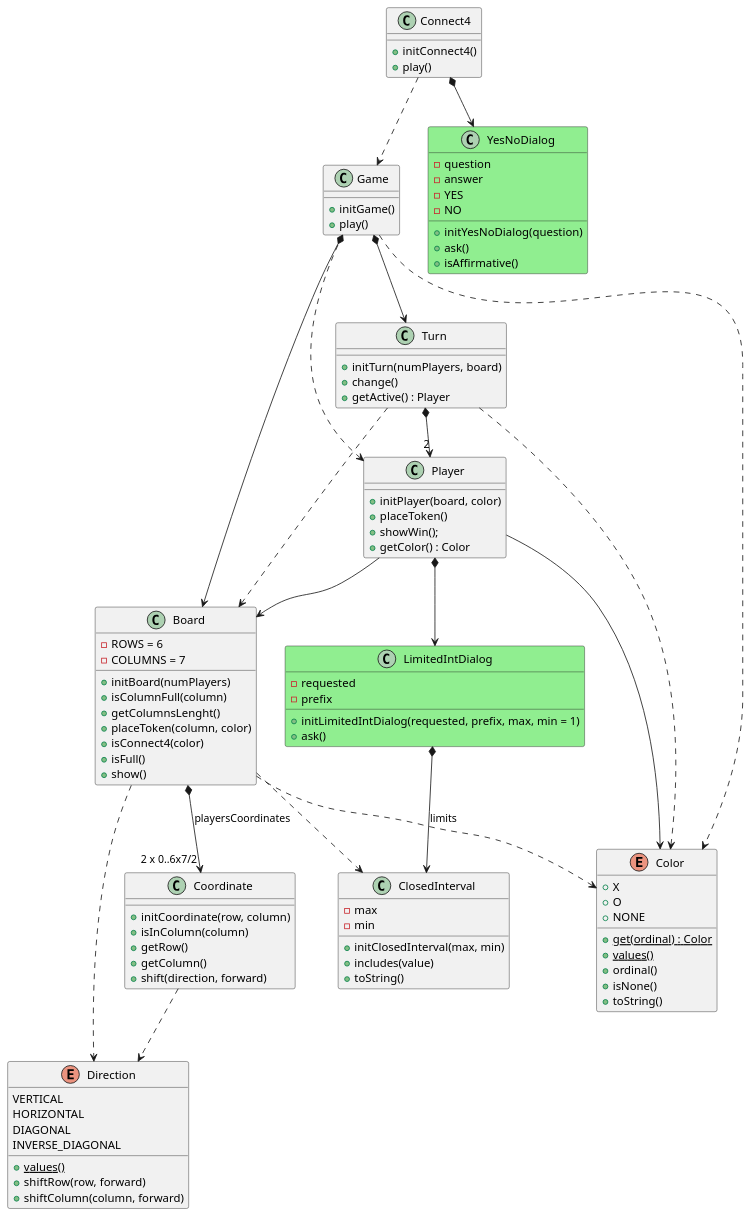
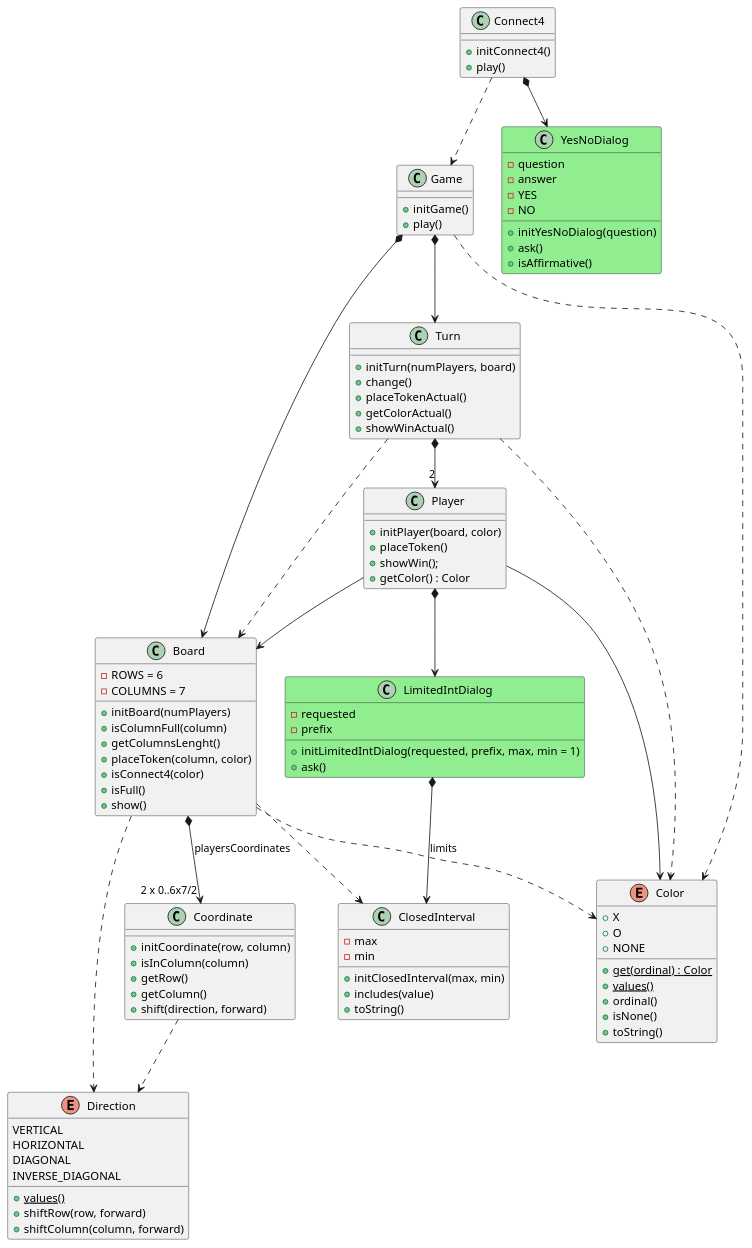
The diagram in docs/dev-resume/src/analysis.plantuml (PabloMartinFluvia/myGame-connect4), drawn with PlantUML before and after one commit. The commit also changed 4 other files, not shown here.

Commit message:
Turn assumes responsibility of encapsulate Player

```diff
--- a/docs/dev-resume/src/analysis.plantuml
+++ b/docs/dev-resume/src/analysis.plantuml
@@ -1,122 +1,123 @@
 @startuml analysis
 
 class Connect4 {
 
     + initConnect4()
     + play()
 }
 Connect4 ..> Game
 Connect4 *--> YesNoDialog
 
 class Game {     
 
     + initGame()
     + play()
 }
 Game *--> Turn
 Game *--> Board
 Game ..> Color
-Game ..> Player
 
 class Turn {
 
-    + initTurn(numPlayers, board)
-    + change()
-    + getActive() : Player        
+    + initTurn(numPlayers, board)    
+    + change()      
+    + placeTokenActual()    
+    + getColorActual()
+    + showWinActual()
 }
 Turn *--> "2" Player
 Turn ..> Board
 Turn ..> Color
 
 class Player {
 
     + initPlayer(board, color)
     + placeToken()
     + showWin();
     + getColor() : Color
 }
 Player --> Board
 Player --> Color
 Player *--> LimitedIntDialog
 
 class Board {
     - ROWS = 6
     - COLUMNS = 7
     
     + initBoard(numPlayers)
     + isColumnFull(column)
     + getColumnsLenght()
     + placeToken(column, color)
     + isConnect4(color)
     + isFull()
     + show()
 }
 Board ..> ClosedInterval
 Board *--> "2 x 0..6x7/2" Coordinate : playersCoordinates
 Board ..> Direction
 Board ..> Color
 
 class Coordinate {
     + initCoordinate(row, column)
     + isInColumn(column)
     + getRow()
     + getColumn()
     + shift(direction, forward)
 }
 Coordinate ..> Direction
 
 enum Direction {
     VERTICAL
     HORIZONTAL
     DIAGONAL
     INVERSE_DIAGONAL
 
     + {static} values()
     + shiftRow(row, forward)
     + shiftColumn(column, forward)
 }
 
 enum Color {
     + X
     + O   
     + NONE 
 
     + {static} get(ordinal) : Color  
     + {static} values()  
     + ordinal()
     + isNone()
     + toString()
 }
 
 class YesNoDialog #LightGreen {  
     - question
     - answer   
     - YES
     - NO
 
     + initYesNoDialog(question)
     + ask()
     + isAffirmative()
 }
 
 class LimitedIntDialog #LightGreen {
     - requested
     - prefix
     
 
     + initLimitedIntDialog(requested, prefix, max, min = 1) 
     + ask()
 }
 LimitedIntDialog *--> ClosedInterval : limits
 
 class ClosedInterval {
     - max
     - min
 
     + initClosedInterval(max, min)
     + includes(value)
     + toString()
 }
 
 
 @enduml
```
